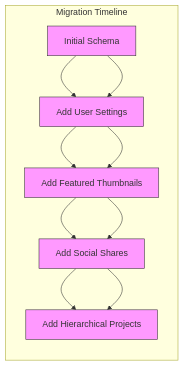
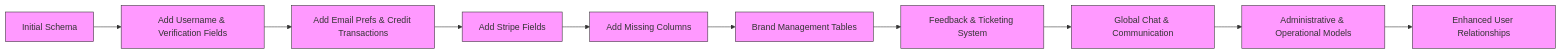
The third of 4 diagrams in .qoder/repowiki/en/content/Database Schema & ORM/Database Schema & ORM.md (Brimstow/ThumPiks), drawn with Mermaid before and after one commit. The commit also changed other lines of this file and 900 other files, not shown here.

````diff
--- a/.qoder/repowiki/en/content/Database Schema & ORM/Database Schema & ORM.md
+++ b/.qoder/repowiki/en/content/Database Schema & ORM/Database Schema & ORM.md
@@ -263,15 +1275,22 @@
 ```mermaid
 graph LR
-A[Initial Schema] --> B[Add User Settings]
-B --> C[Add Featured Thumbnails]
-C --> D[Add Social Shares]
-D --> E[Add Hierarchical Projects]
-subgraph Migration Timeline
-A --> B --> C --> D --> E
-end
+A[Initial Schema] --> B[Add Username & Verification Fields]
+B --> C[Add Email Prefs & Credit Transactions]
+C --> D[Add Stripe Fields]
+D --> E[Add Missing Columns]
+E --> F[Brand Management Tables]
+F --> G[Feedback & Ticketing System]
+G --> H[Global Chat & Communication]
+H --> I[Administrative & Operational Models]
+I --> J[Enhanced User Relationships]
 style A fill:#f9f,stroke:#333
 style B fill:#f9f,stroke:#333
 style C fill:#f9f,stroke:#333
 style D fill:#f9f,stroke:#333
 style E fill:#f9f,stroke:#333
+style F fill:#f9f,stroke:#333
+style G fill:#f9f,stroke:#333
+style H fill:#f9f,stroke:#333
+style I fill:#f9f,stroke:#333
+style J fill:#f9f,stroke:#333
 ```
````
